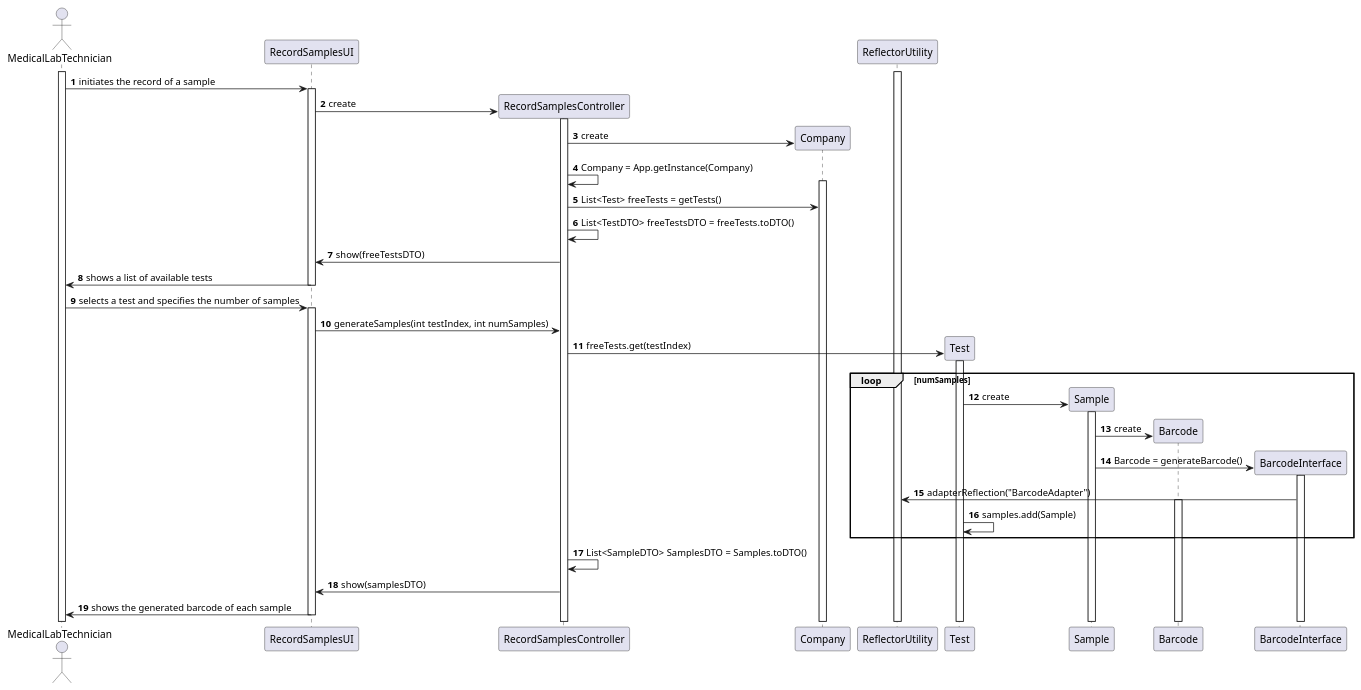
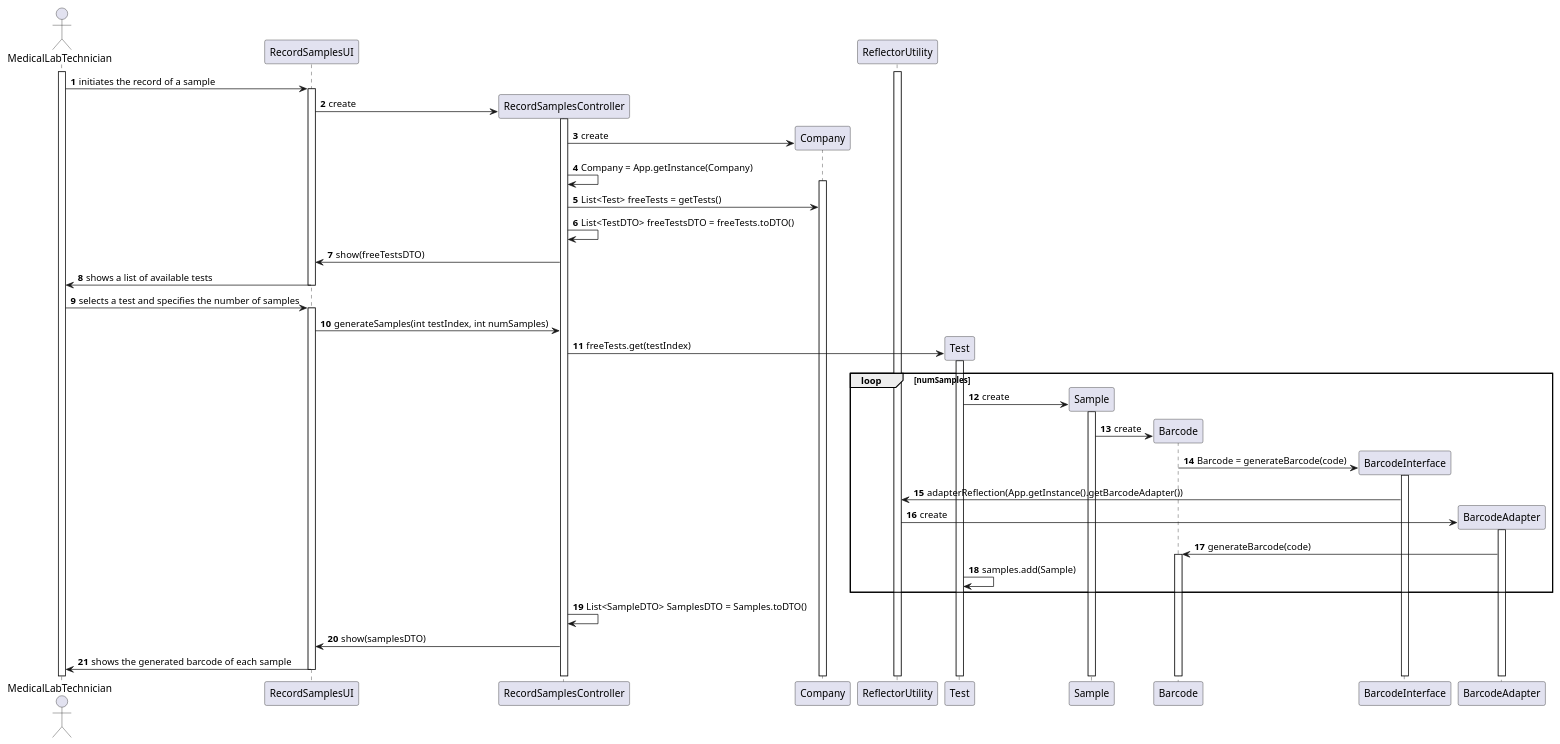
One commit to jsmarques98/LAPR2-ISEP changed the diagram in docs/SprintC/US5/US5-SD.puml. Above: the diagram before and after it, drawn with PlantUML. The commit also changed 6 other files, not shown here.

```diff
--- a/docs/SprintC/US5/US5-SD.puml
+++ b/docs/SprintC/US5/US5-SD.puml
@@ -1,56 +1,59 @@
 @startuml
 autonumber
 
 actor "MedicalLabTechnician" as MLT
 participant "RecordSamplesUI" as ui
 participant "RecordSamplesController" as controller
 participant "Company"
 participant "ReflectorUtility"
 
 activate MLT
 activate ReflectorUtility
 
 MLT -> ui : initiates the record of a sample
 activate ui
 ui -> controller ** : create
 activate controller
 
 controller -> Company ** : create
 controller -> controller : Company = App.getInstance(Company)
 activate Company
 
 controller -> Company : List<Test> freeTests = getTests()
 controller -> controller : List<TestDTO> freeTestsDTO = freeTests.toDTO()
 
 controller -> ui : show(freeTestsDTO)
 ui -> MLT : shows a list of available tests
 
 
 deactivate ui
 
 MLT ->ui : selects a test and specifies the number of samples
 activate ui
 
 ui -> controller : generateSamples(int testIndex, int numSamples)
 controller -> Test ** : freeTests.get(testIndex)
 activate Test
 
 
 loop numSamples
 Test -> Sample ** : create
 activate Sample
 Sample -> Barcode ** : create
-Sample -> BarcodeInterface ** : Barcode = generateBarcode()
+Barcode -> BarcodeInterface ** : Barcode = generateBarcode(code)
 activate BarcodeInterface
-BarcodeInterface -> ReflectorUtility : adapterReflection("BarcodeAdapter")
+BarcodeInterface -> ReflectorUtility : adapterReflection(App.getInstance().getBarcodeAdapter())
+ReflectorUtility -> BarcodeAdapter ** : create
+activate BarcodeAdapter
+BarcodeAdapter -> Barcode : generateBarcode(code)
 activate Barcode
 Test -> Test : samples.add(Sample)
 end
 controller -> controller : List<SampleDTO> SamplesDTO = Samples.toDTO()
 
 controller -> ui : show(samplesDTO)
 
 ui -> MLT : shows the generated barcode of each sample
 deactivate ui
 
 @enduml
```
